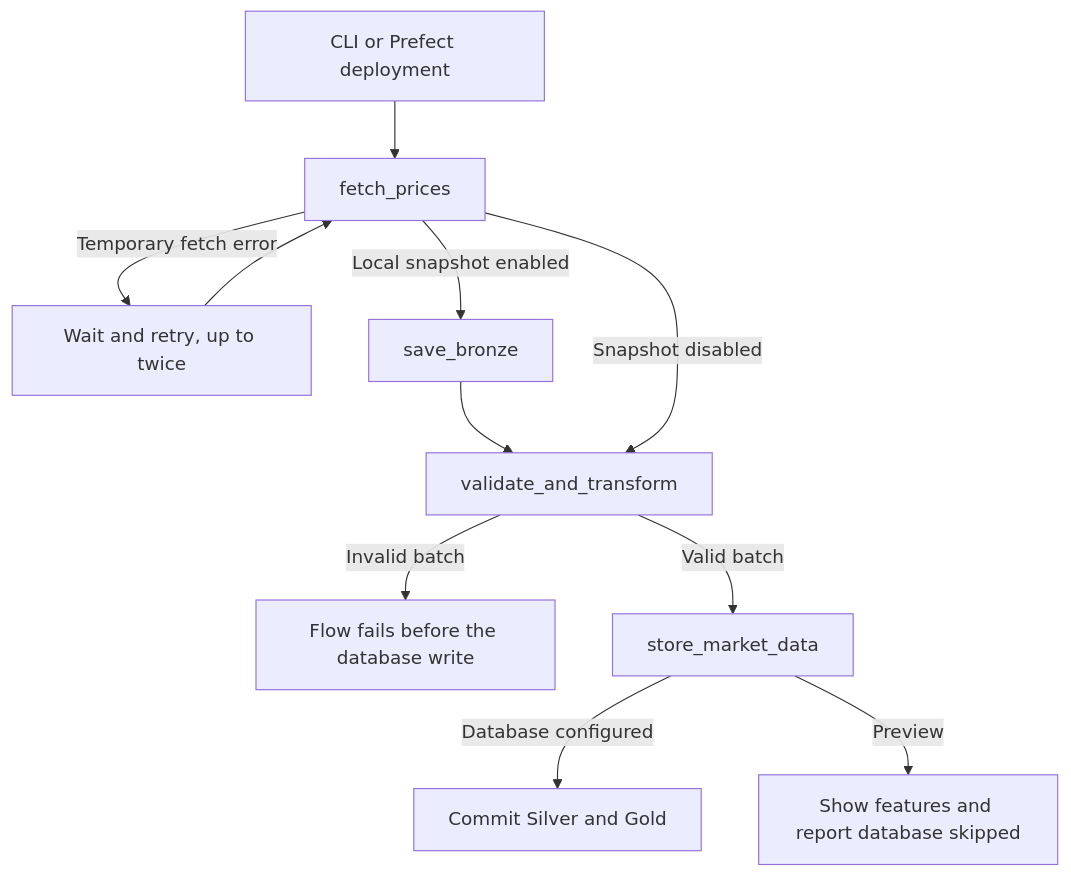
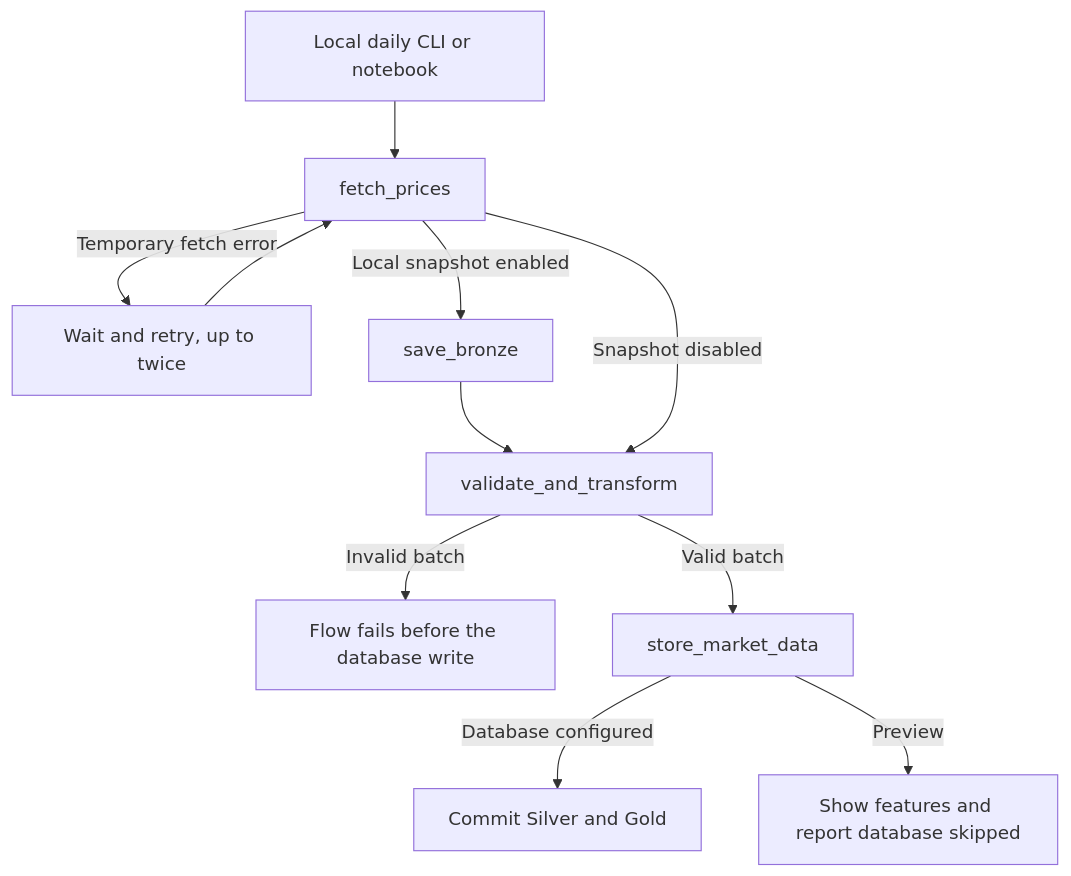
The first of 3 diagrams in docs/ARCHITECTURE.md (soloshun/market-data-ml-pipeline), drawn with Mermaid before and after one commit. The commit also changed other lines of this file and 23 other files, not shown here.

````diff
--- a/docs/ARCHITECTURE.md
+++ b/docs/ARCHITECTURE.md
@@ -26,13 +28,13 @@
 ```mermaid
 flowchart TD
-    A["CLI or Prefect deployment"] --> B["fetch_prices"]
+    A["Local daily CLI or notebook"] --> B["fetch_prices"]
     B -->|Temporary fetch error| C["Wait and retry, up to twice"]
     C --> B
     B -->|Local snapshot enabled| D["save_bronze"]
     D --> E["validate_and_transform"]
     B -->|Snapshot disabled| E
     E -->|Invalid batch| F["Flow fails before the database write"]
     E -->|Valid batch| G["store_market_data"]
     G -->|Database configured| H["Commit Silver and Gold"]
     G -->|Preview| I["Show features and report database skipped"]
 ```
````
